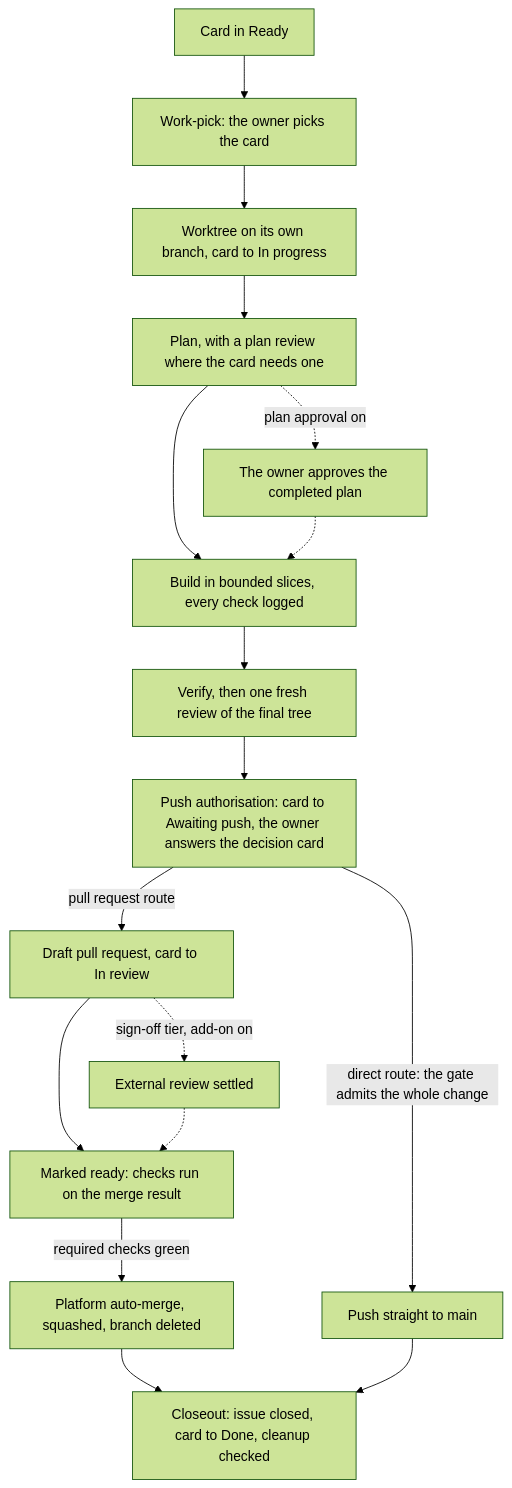
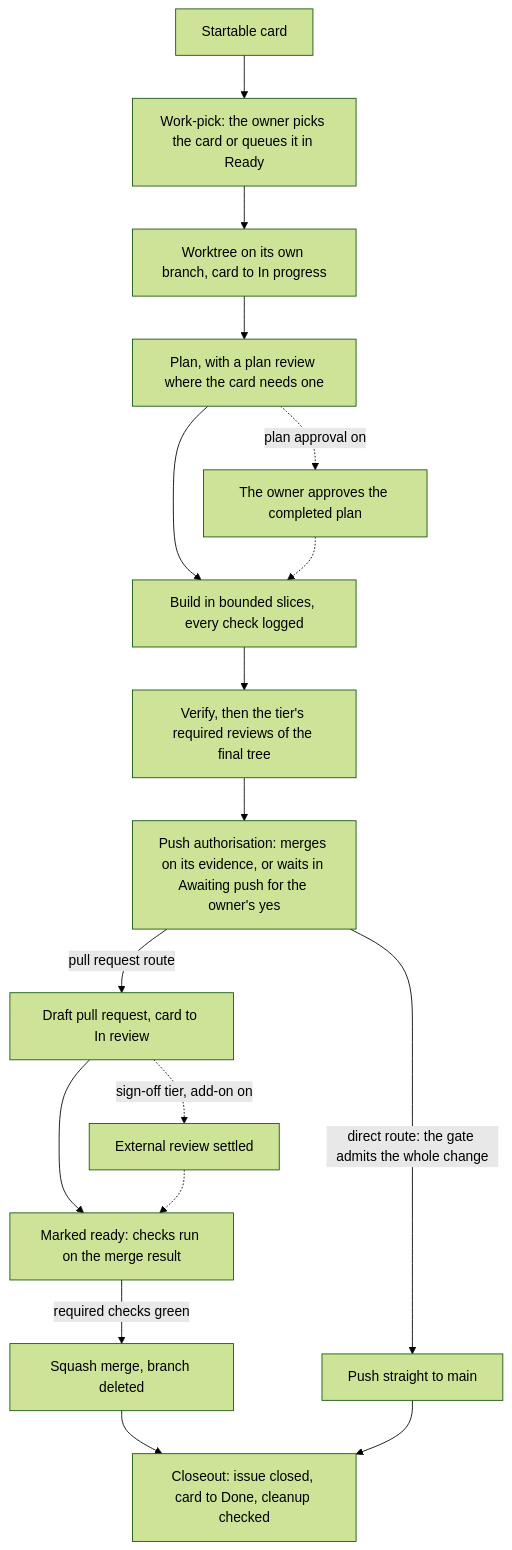
The second of 2 diagrams in docs/AI-WORKFLOW-job.md (zaingulel/kestrel), drawn with Mermaid (forest theme) before and after one commit. The commit also changed other lines of this file and 277 other files, not shown here.

````diff
--- a/docs/AI-WORKFLOW-job.md
+++ b/docs/AI-WORKFLOW-job.md
@@ -59,21 +59,21 @@
 ```mermaid
 flowchart TD
     accTitle: One card from the owner pick to closeout
     accDescr: A card moves from the owner's pick through a worktree, plan, build, review and push authorisation to a merged change or a direct push, and then closeout.
-    C[Card in Ready] --> WP[Work-pick: the owner picks the card]
+    C[Startable card] --> WP[Work-pick: the owner picks the card or queues it in Ready]
     WP --> WT[Worktree on its own branch, card to In progress]
     WT --> PL[Plan, with a plan review where the card needs one]
     PL --> BD[Build in bounded slices, every check logged]
     PL -.->|plan approval on| AP[The owner approves the completed plan]
     AP -.-> BD
-    BD --> VR[Verify, then one fresh review of the final tree]
-    VR --> PA[Push authorisation: card to Awaiting push, the owner answers the decision card]
+    BD --> VR[Verify, then the tier's required reviews of the final tree]
+    VR --> PA[Push authorisation: merges on its evidence, or waits in Awaiting push for the owner's yes]
     PA -->|pull request route| DR[Draft pull request, card to In review]
     PA -->|direct route: the gate admits the whole change| FF[Push straight to main]
     DR --> RD[Marked ready: checks run on the merge result]
     DR -.->|sign-off tier, add-on on| ER[External review settled]
     ER -.-> RD
-    RD -->|required checks green| MG[Platform auto-merge, squashed, branch deleted]
+    RD -->|required checks green| MG[Squash merge, branch deleted]
     MG --> CO[Closeout: issue closed, card to Done, cleanup checked]
     FF --> CO
 ```
````
